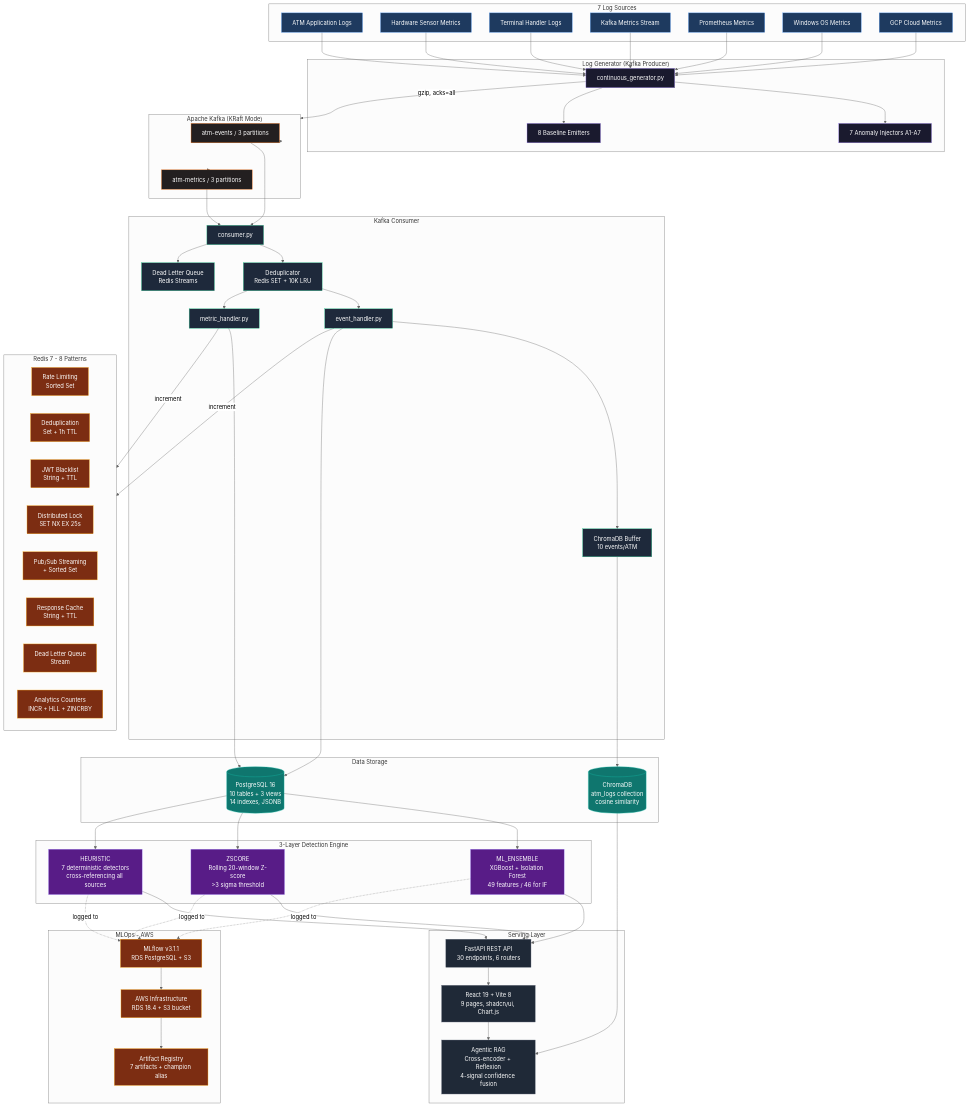
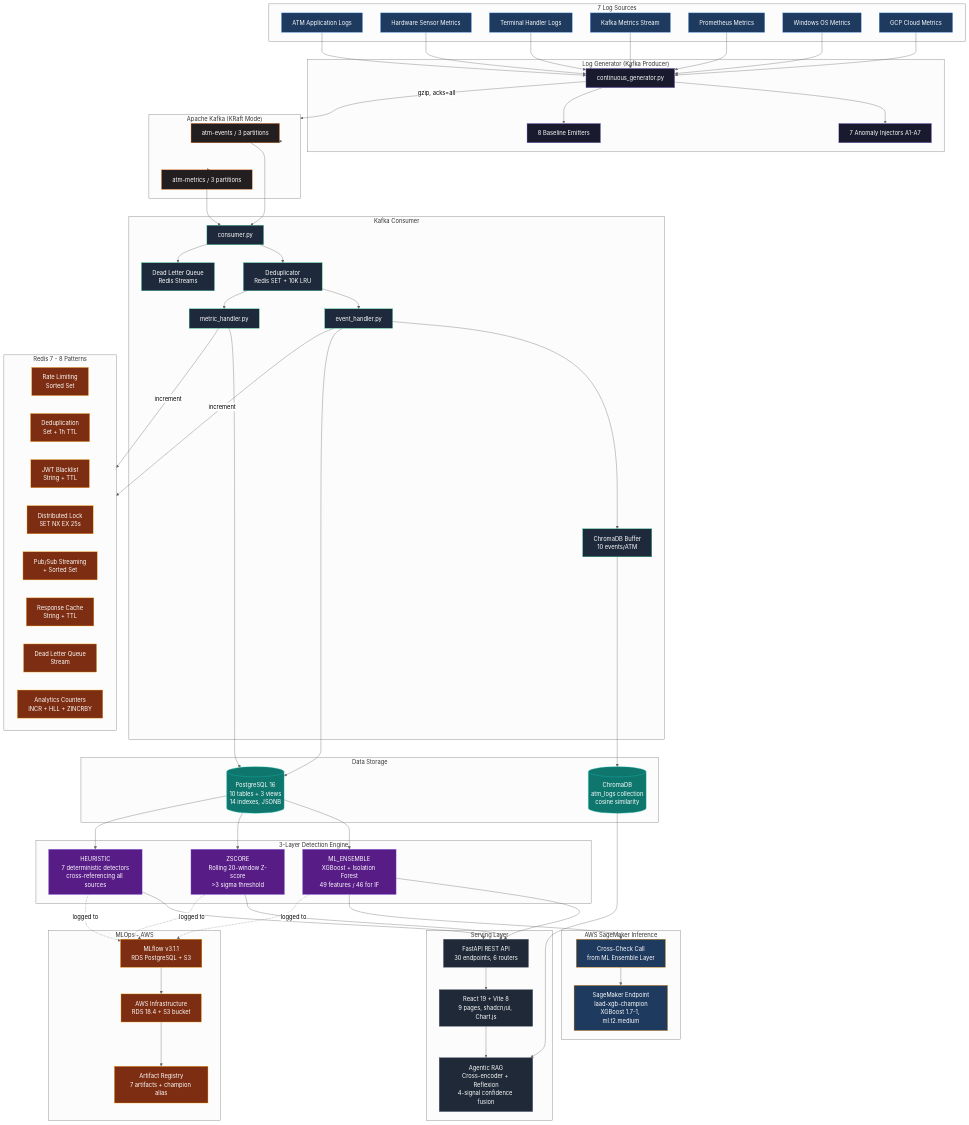
Before and after one commit to AhmedIkram05/laad: the first of 10 diagrams in README.md, drawn with Mermaid (neutral theme). The commit also changed other lines of this file, not shown here.

````diff
--- a/README.md
+++ b/README.md
@@ -123,6 +136,11 @@
     ARC["Artifact Registry<br/>7 artifacts + champion alias"]
   end
 
+  subgraph SageMaker ["AWS SageMaker Inference"]
+    SM["SageMaker Endpoint<br/>laad-xgb-champion<br/>XGBoost 1.7-1, ml.t2.medium"]
+    CC["Cross-Check Call<br/>from ML Ensemble Layer"]
+  end
+
   S1 & S2 & S3 & S4 & S5 & S6 & S7 --> G
   G -->|"gzip, acks=all"| Kafka
   Kafka --> KT
@@ -138,6 +156,8 @@
   PG --> ZSC
   PG --> SCC
   CLS --> API
+  CLS --> CC
+  CC --> SM
   ZSC --> API
   SCC --> API
   API --> UI
@@ -158,6 +178,7 @@
   classDef detect fill:#581c87,stroke:#a78bfa,color:#ffffff;
   classDef serve fill:#1f2937,stroke:#6b7280,color:#ffffff;
   classDef mlops fill:#7c2d12,stroke:#f59e0b,color:#ffffff;
+  classDef sagemaker fill:#1e3a5f,stroke:#ff9900,color:#ffffff;
 
   class S1,S2,S3,S4,S5,S6,S7 source;
   class G,AI,EM gen;
@@ -168,4 +189,5 @@
   class CLS,ZSC,SCC detect;
   class API,UI,RAG serve;
   class MLF,AWS,ARC mlops;
+  class SM,CC sagemaker;
 ```
````
